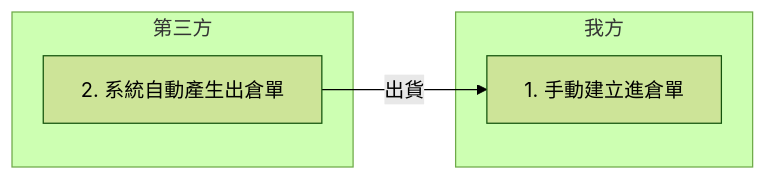
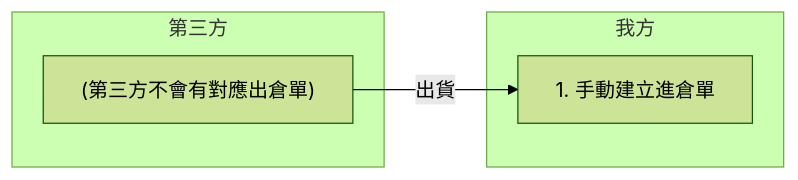
One commit to sinleadpro/zensical-zh-tw changed the first of 4 diagrams in docs/pos/inventory/inbound-orders.md. Above: the diagram before and after it, drawn with Mermaid (forest theme). The commit also changed other lines of this file and 108 other files, not shown here.

````diff
--- a/docs/pos/inventory/inbound-orders.md
+++ b/docs/pos/inventory/inbound-orders.md
@@ -96,13 +96,13 @@
     ```mermaid
     flowchart LR
 
         subgraph 我方
             A["1. 手動建立進倉單"]
         end
 
         subgraph 第三方
-            B["2. 系統自動產生出倉單"]
+            B["(第三方不會有對應出倉單)"]
         end
 
         B --出貨--> A
     ```
````
